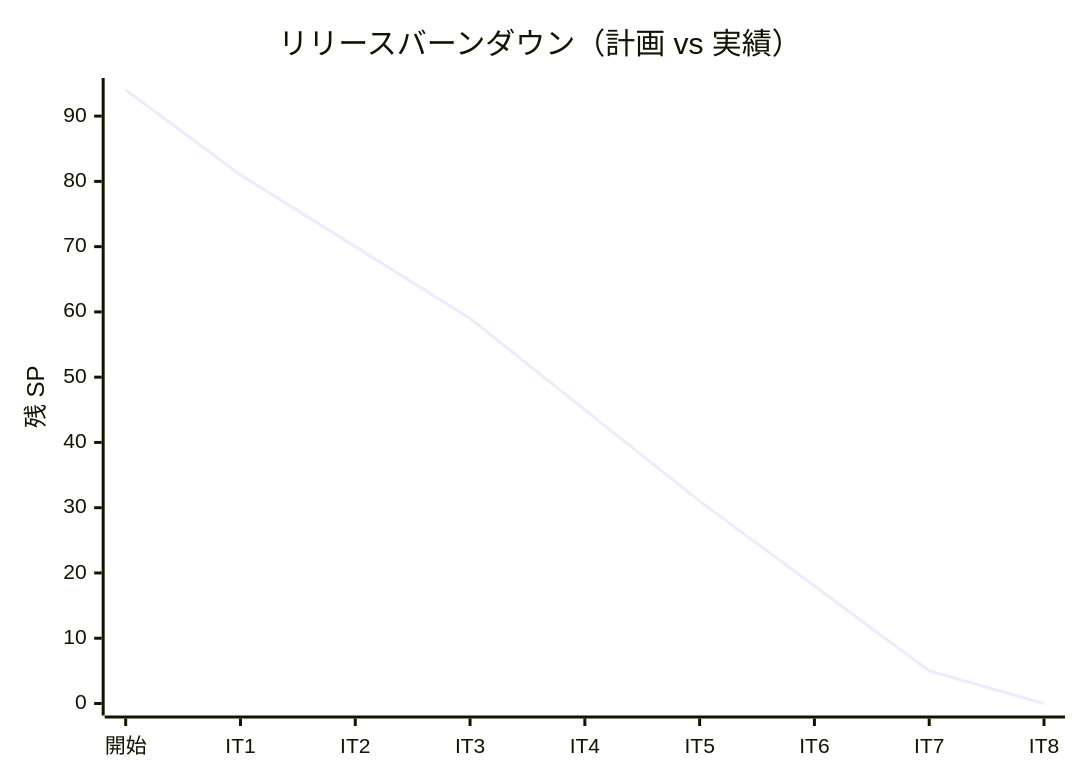
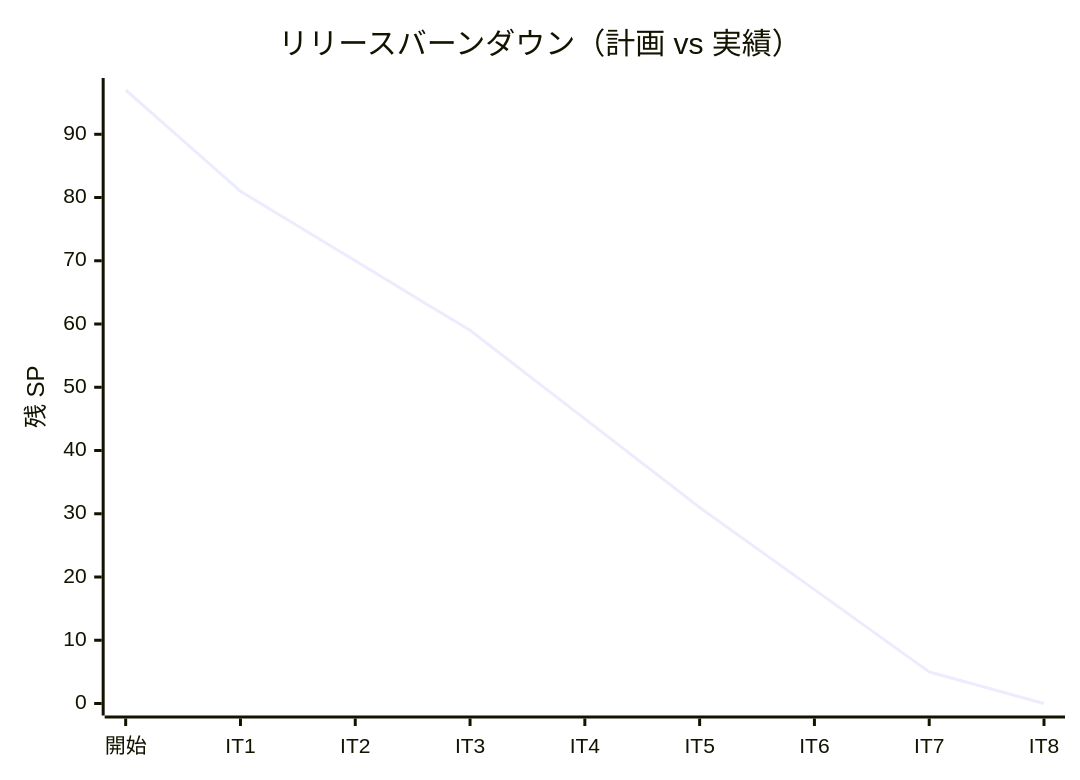
Before and after one commit to k2works/case-study-cargo-tracker: the third of 3 diagrams in docs/development/release_plan.md, drawn with Mermaid. The commit also changed other lines of this file and 5 other files, not shown here.

````diff
--- a/docs/development/release_plan.md
+++ b/docs/development/release_plan.md
@@ -429,7 +433,7 @@
 ```mermaid
 xychart-beta
     title "リリースバーンダウン（計画 vs 実績）"
     x-axis ["開始", "IT1", "IT2", "IT3", "IT4", "IT5", "IT6", "IT7", "IT8"]
-    y-axis "残 SP" 0 --> 94
-    line "計画" [94, 81, 70, 59, 45, 31, 18, 5, 0]
+    y-axis "残 SP" 0 --> 97
+    line "計画" [97, 81, 70, 59, 45, 31, 18, 5, 0]
 ```
````
